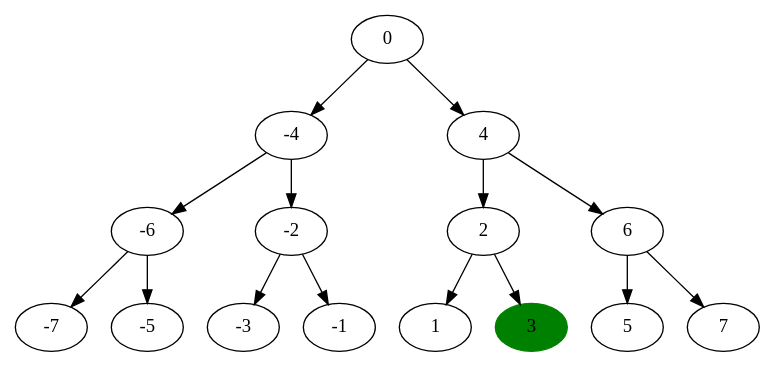
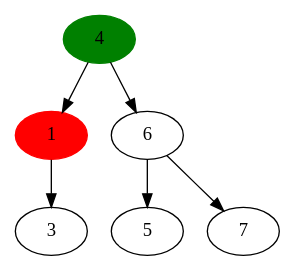
The diagram in algorithm_visualizer/src/save/tmp/tree.dot (Les-Alchimistes-Labs/AlgorithmVisualizer), drawn with Graphviz before and after one commit. The commit also changed 1 other file, not shown here.

```diff
--- a/algorithm_visualizer/src/save/tmp/tree.dot
+++ b/algorithm_visualizer/src/save/tmp/tree.dot
@@ -1,32 +1,14 @@
 digraph tree {
-//0 -4 -6 -7 -5 -2 -3 -1 4 2 1 3 6 5 7 
-n0 [label="0"]
-n_4 [label="-4"]
-n_6 [label="-6"]
-n_7 [label="-7"]
-n_5 [label="-5"]
-n_2 [label="-2"]
-n_3 [label="-3"]
-n_1 [label="-1"]
-n4 [label="4"]
-n2 [label="2"]
-n1 [label="1"]
-n3 [label="3", style = filled , color = green]
+//4 1 3 6 5 7 
+n4 [label="4", style = filled , color = green]
+n1 [label="1", style = filled , color = red]
+n3 [label="3"]
 n6 [label="6"]
 n5 [label="5"]
 n7 [label="7"]
-n0->n_4
-n0->n4
-n_4->n_6
-n_4->n_2
-n4->n2
+n4->n1
 n4->n6
-n_6->n_7
-n_6->n_5
-n_2->n_3
-n_2->n_1
-n2->n1
-n2->n3
+n1->n3
 n6->n5
 n6->n7
 }
```
